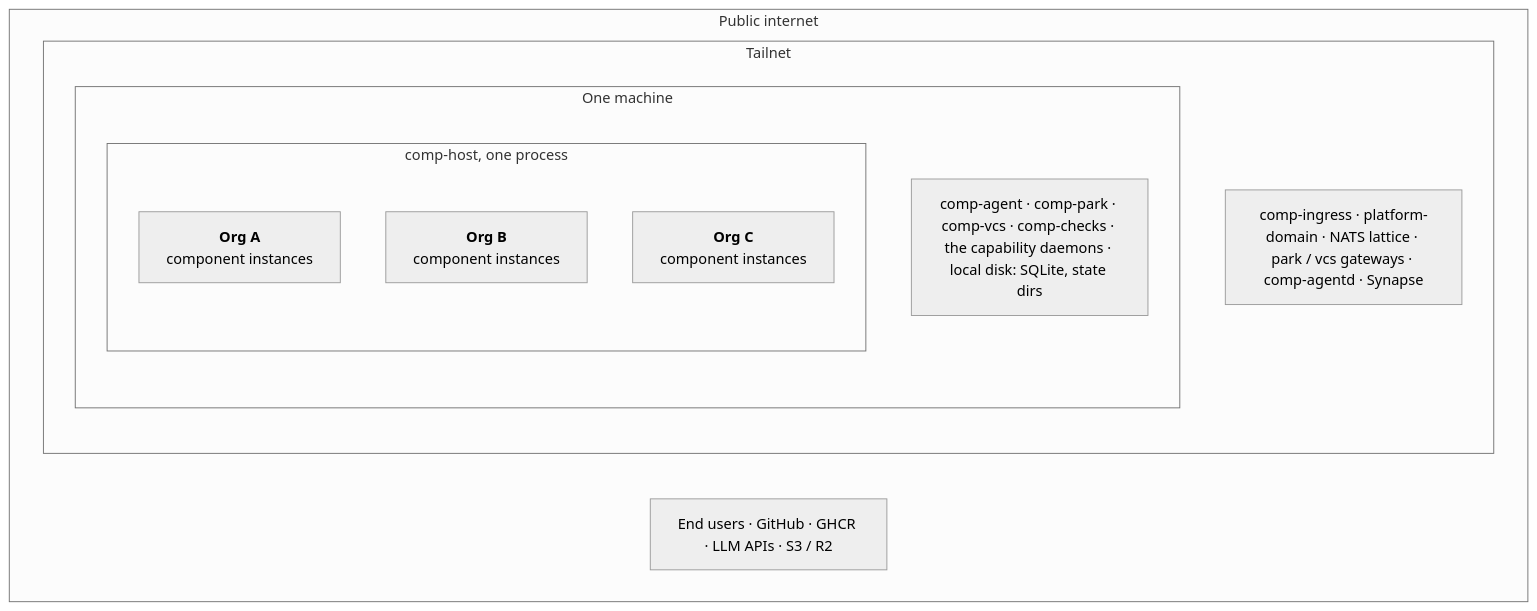
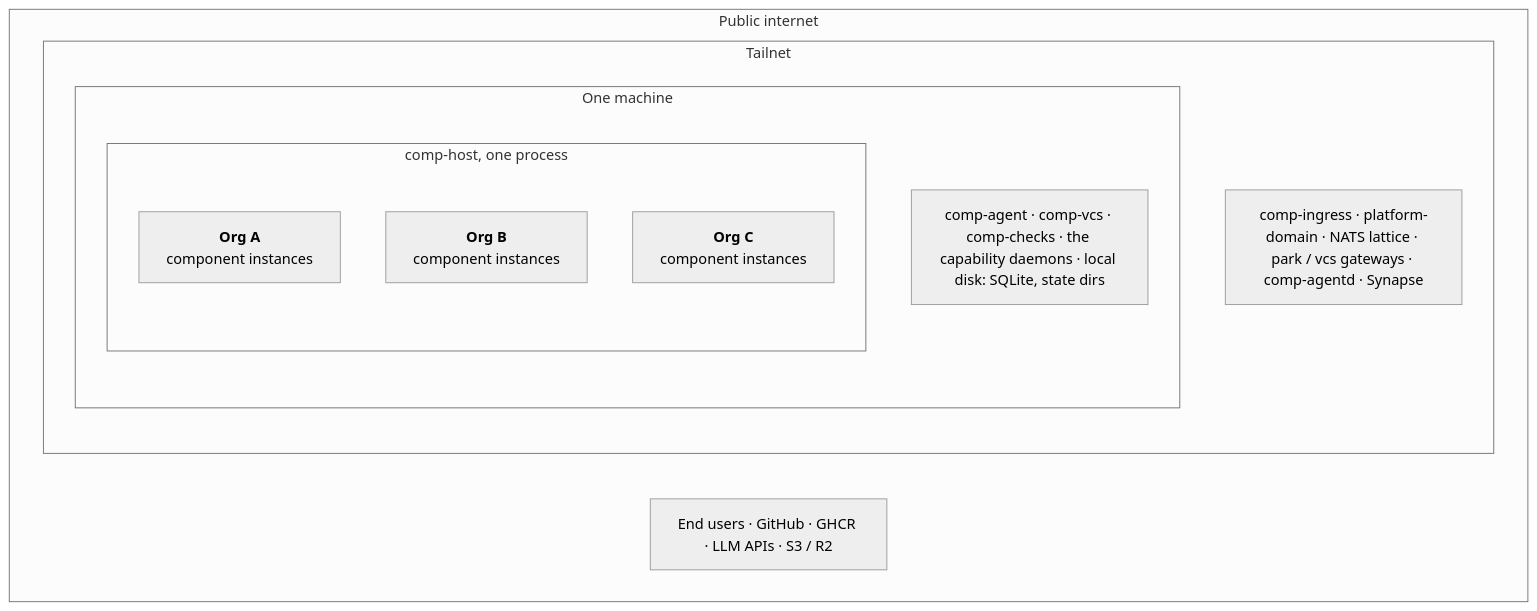
Diagram 11 of 11 in docs/ARCHITECTURE.md (markkovari/holon), drawn with Mermaid (neutral theme) before and after one commit. The commit also changed other lines of this file and 59 other files, not shown here.

First line of the commit message:
feat(components): the free LLM queue and park are components — holon-llmbatch, comp-park and comp-resume are deleted (#534)

````diff
--- a/docs/ARCHITECTURE.md
+++ b/docs/ARCHITECTURE.md
@@ -792,17 +787,17 @@
 ```mermaid
 flowchart TB
   subgraph z1["Public internet"]
     z1_items["End users · GitHub · GHCR · LLM APIs · S3 / R2"]
     subgraph z2["Tailnet"]
       z2_items["comp-ingress · platform-domain · NATS lattice · park / vcs gateways · comp-agentd · Synapse"]
       subgraph z3["One machine"]
-        z3_items["comp-agent · comp-park · comp-vcs · comp-checks · the capability daemons · local disk: SQLite, state dirs"]
+        z3_items["comp-agent · comp-vcs · comp-checks · the capability daemons · local disk: SQLite, state dirs"]
         subgraph z4["comp-host, one process"]
           z4_t0["<b>Org A</b><br/>component instances"]
           z4_t1["<b>Org B</b><br/>component instances"]
           z4_t2["<b>Org C</b><br/>component instances"]
         end
       end
     end
   end
 ```
````
